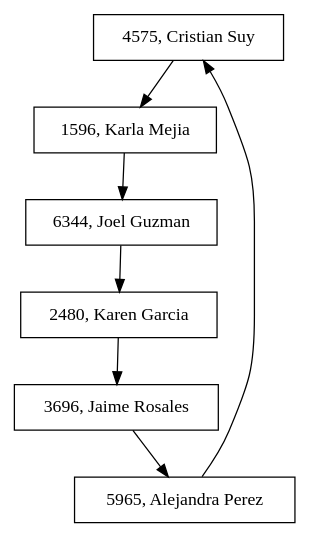
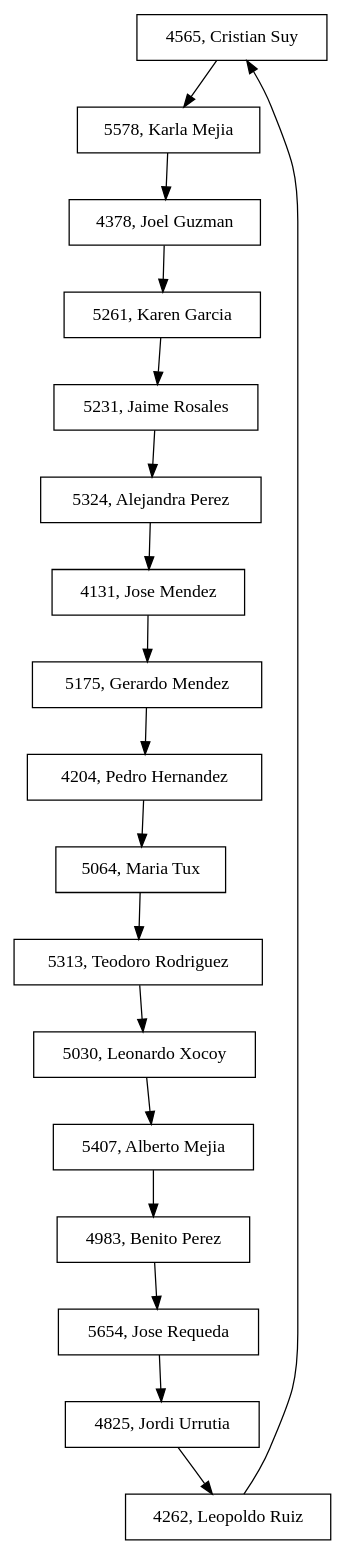
One commit to jdfuentes12/EDD_VJ1S2023_PY_202001228 changed the diagram in Fase1/graficas/ListaClientes.dot. Above: the diagram before and after it, drawn with Graphviz. The commit also changed 153 other files, not shown here.

```diff
--- a/Fase1/graficas/ListaClientes.dot
+++ b/Fase1/graficas/ListaClientes.dot
@@ -1,15 +1,37 @@
 digraph ListaClientes {
 node [shape=record, height = 0.5];
-0[label = "4575, Cristian Suy"];
-1[label = "1596, Karla Mejia"];
-2[label = "6344, Joel Guzman"];
-3[label = "2480, Karen Garcia"];
-4[label = "3696, Jaime Rosales"];
-5[label = "5965, Alejandra Perez"];
+0[label = "4565, Cristian Suy"];
+1[label = "5578, Karla Mejia"];
+2[label = "4378, Joel Guzman"];
+3[label = "5261, Karen Garcia"];
+4[label = "5231, Jaime Rosales"];
+5[label = "5324, Alejandra Perez"];
+6[label = "4131, Jose Mendez"];
+7[label = "5175, Gerardo Mendez"];
+8[label = "4204, Pedro Hernandez"];
+9[label = "5064, Maria Tux"];
+10[label = "5313, Teodoro Rodriguez"];
+11[label = "5030, Leonardo Xocoy"];
+12[label = "5407, Alberto Mejia"];
+13[label = "4983, Benito Perez"];
+14[label = "5654, Jose Requeda"];
+15[label = "4825, Jordi Urrutia"];
+16[label = "4262, Leopoldo Ruiz"];
 0->1;
 1->2;
 2->3;
 3->4;
 4->5;
-5->0;
+5->6;
+6->7;
+7->8;
+8->9;
+9->10;
+10->11;
+11->12;
+12->13;
+13->14;
+14->15;
+15->16;
+16->0;
 }
```
